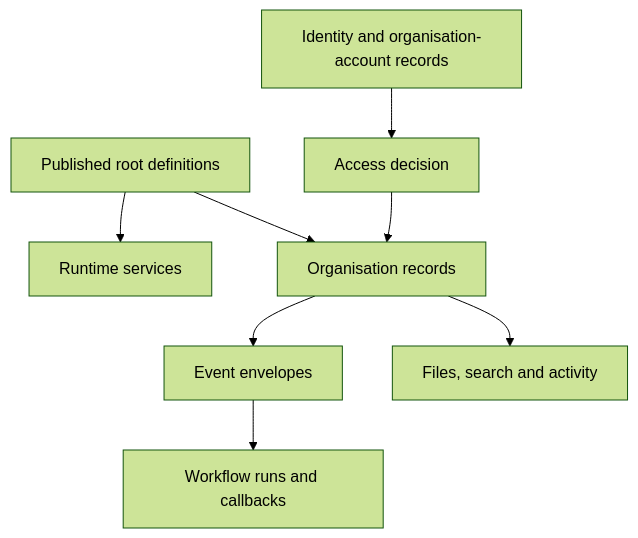
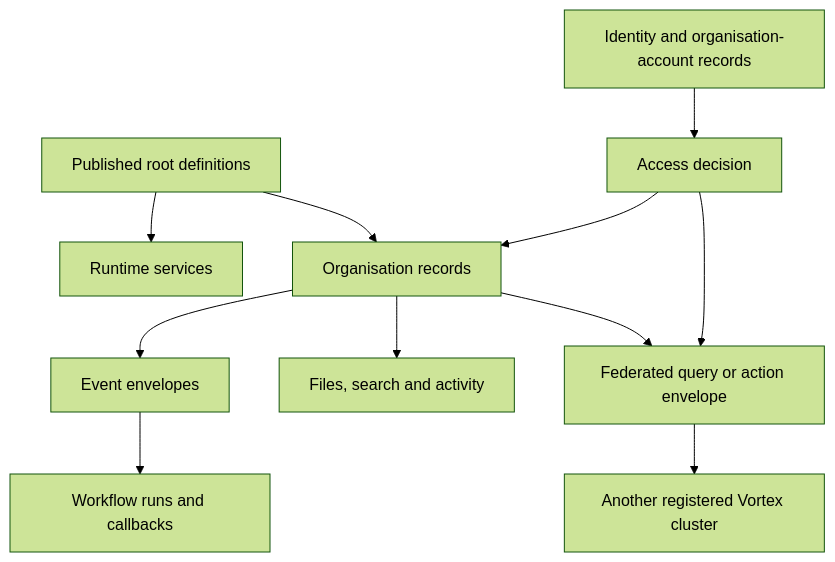
One commit to Abzum-NZ/Abzum-Vortex changed the diagram in docs/specification/appendices/data-contracts.md. Above: the diagram before and after it, drawn with Mermaid (forest theme). The commit also changed other lines of this file and 21 other files, not shown here.

Commit message:
Define cross-cluster Vortex federation

````diff
--- a/docs/specification/appendices/data-contracts.md
+++ b/docs/specification/appendices/data-contracts.md
@@ -7,10 +7,13 @@
 ```mermaid
 flowchart TD
     DEF[Published root definitions] --> RUNTIME[Runtime services]
     ID[Identity and organisation-account records] --> ACCESS[Access decision]
     ACCESS --> RECORD[Organisation records]
     DEF --> RECORD
     RECORD --> EVENT[Event envelopes]
     EVENT --> RUN[Workflow runs and callbacks]
     RECORD --> FILE[Files, search and activity]
+    RECORD --> FED[Federated query or action envelope]
+    ACCESS --> FED
+    FED --> REMOTE[Another registered Vortex cluster]
 ```
````
